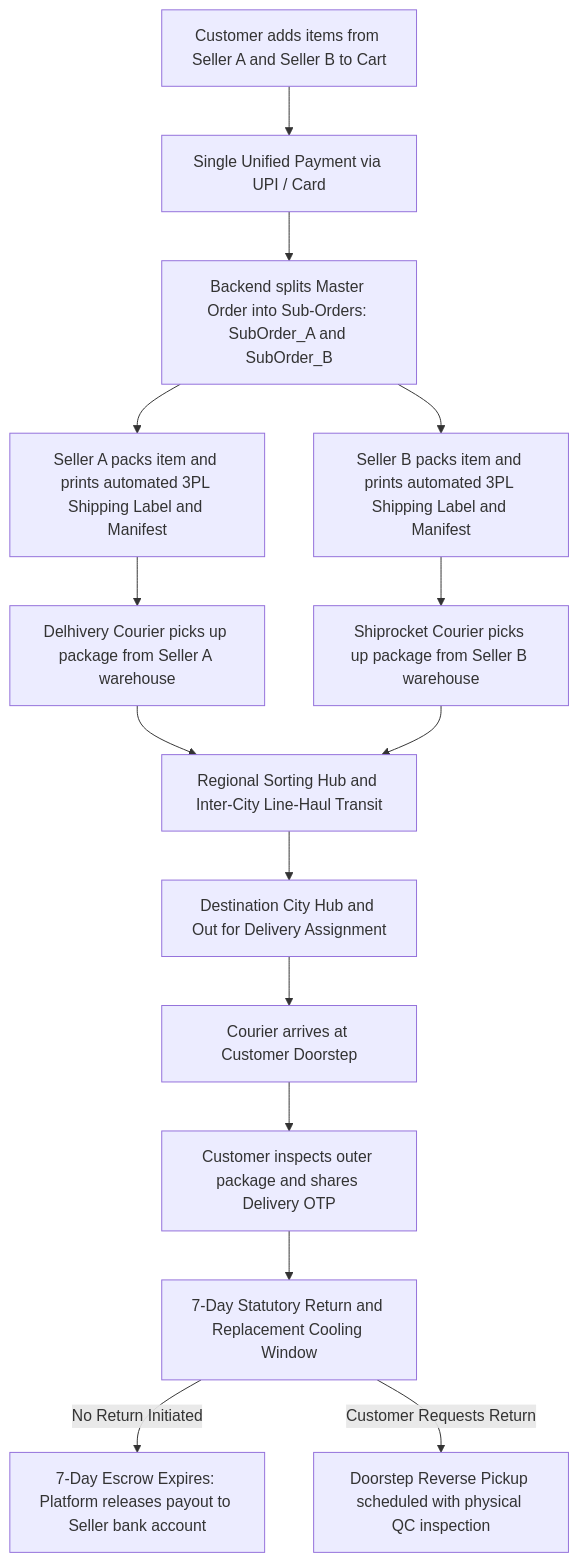
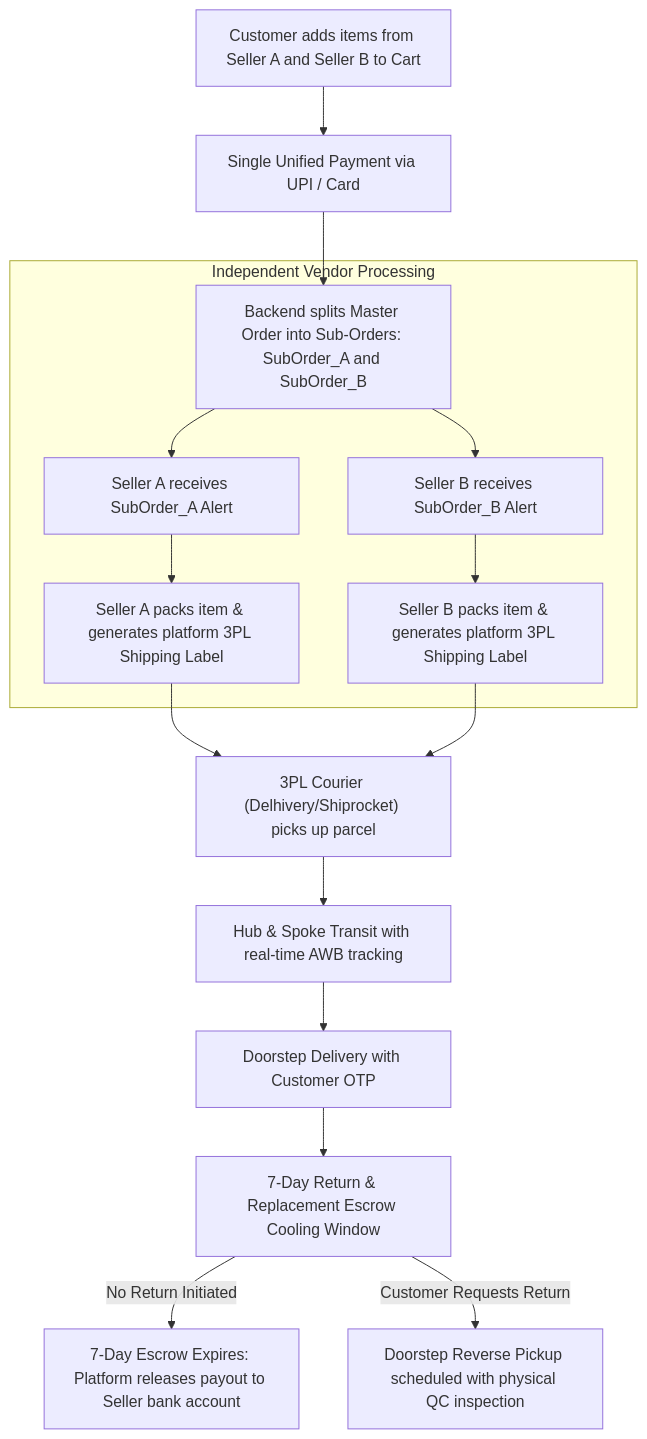
Before and after one commit to programmerfiroz/all-in-one: the seventh of 13 diagrams in docs/06_visual_hierarchy_and_flows/high_level_visual_hierarchy.md, drawn with Mermaid. The commit also changed other lines of this file and 1 other file, not shown here.

Commit message:
docs: implement master visual hierarchy and complete system flow blueprint (VHB-IND-V1.2)

````diff
--- a/docs/06_visual_hierarchy_and_flows/high_level_visual_hierarchy.md
+++ b/docs/06_visual_hierarchy_and_flows/high_level_visual_hierarchy.md
@@ -319,23 +332,21 @@
 ```mermaid
 flowchart TD
     MultiCart["Customer adds items from Seller A and Seller B to Cart"] --> Pay["Single Unified Payment via UPI / Card"]
     Pay --> SplitOrders["Backend splits Master Order into Sub-Orders: SubOrder_A and SubOrder_B"]
     
-    SplitOrders --> PackA["Seller A packs item and prints automated 3PL Shipping Label and Manifest"]
-    SplitOrders --> PackB["Seller B packs item and prints automated 3PL Shipping Label and Manifest"]
+    subgraph VendorFulfillment["Independent Vendor Processing"]
+        SplitOrders --> SellerA["Seller A receives SubOrder_A Alert"]
+        SplitOrders --> SellerB["Seller B receives SubOrder_B Alert"]
+        SellerA --> PackA["Seller A packs item & generates platform 3PL Shipping Label"]
+        SellerB --> PackB["Seller B packs item & generates platform 3PL Shipping Label"]
+    end
     
-    PackA --> CourierA["Delhivery Courier picks up package from Seller A warehouse"]
-    PackB --> CourierB["Shiprocket Courier picks up package from Seller B warehouse"]
+    PackA --> CourierPickup["3PL Courier (Delhivery/Shiprocket) picks up parcel"]
+    PackB --> CourierPickup
+    CourierPickup --> InTransit["Hub & Spoke Transit with real-time AWB tracking"]
+    InTransit --> Delivery["Doorstep Delivery with Customer OTP"]
     
-    CourierA --> HubSort["Regional Sorting Hub and Inter-City Line-Haul Transit"]
-    CourierB --> HubSort
-    
-    HubSort --> DestinationHub["Destination City Hub and Out for Delivery Assignment"]
-    DestinationHub --> Doorstep["Courier arrives at Customer Doorstep"]
-    Doorstep --> InspectDel["Customer inspects outer package and shares Delivery OTP"]
-    
-    InspectDel --> CoolingWindow["7-Day Statutory Return and Replacement Cooling Window"]
-    
+    Delivery --> CoolingWindow["7-Day Return & Replacement Escrow Cooling Window"]
     CoolingWindow -->|No Return Initiated| EscrowRelease["7-Day Escrow Expires: Platform releases payout to Seller bank account"]
     CoolingWindow -->|Customer Requests Return| ReverseQC["Doorstep Reverse Pickup scheduled with physical QC inspection"]
 ```
````
